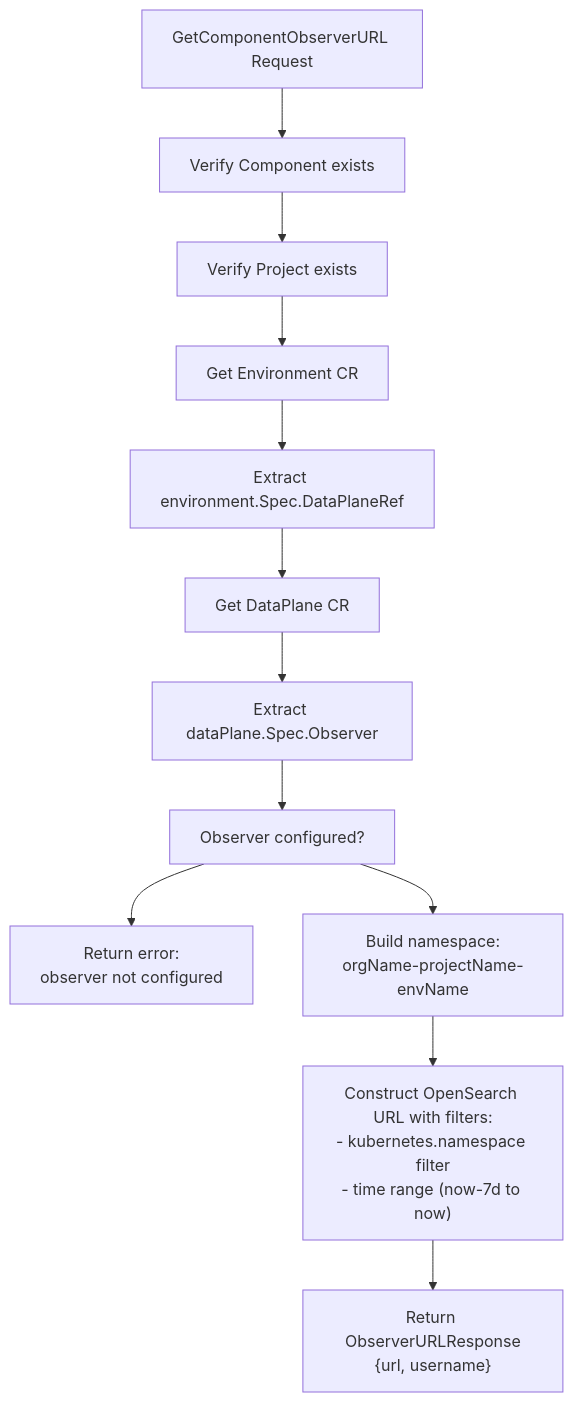
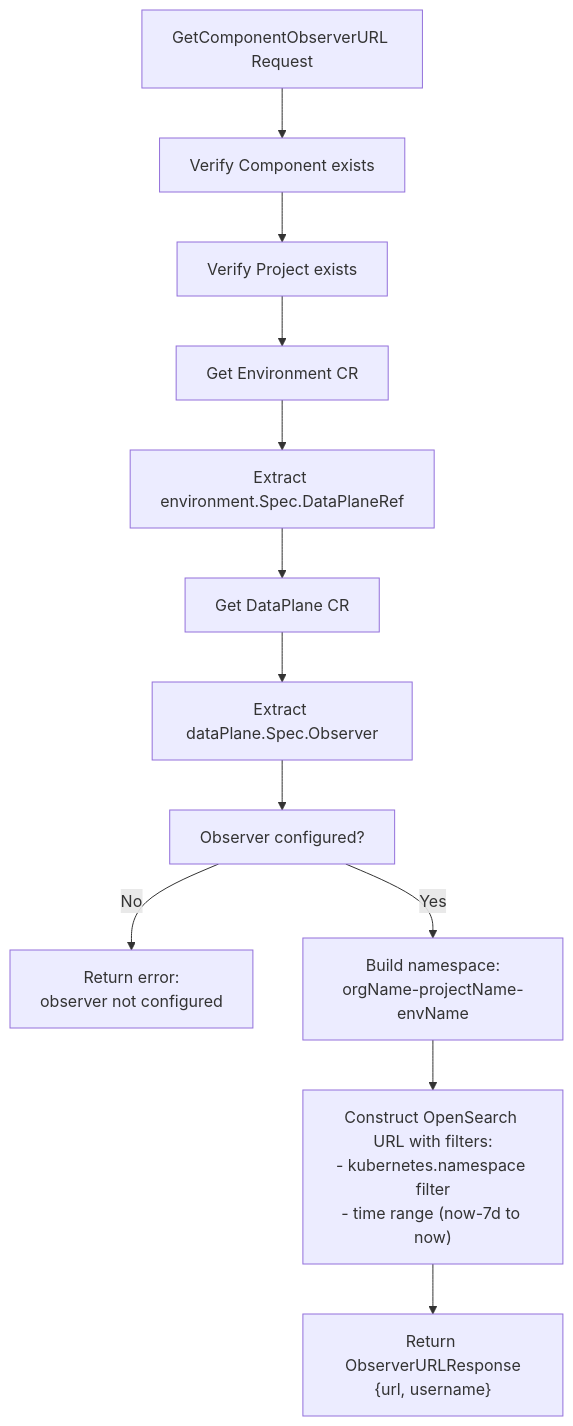
One commit to openchoreo/openchoreo changed the sixth of 7 diagrams in docs/deepwiki/Component-Management.md. Above: the diagram before and after it, drawn with Mermaid. The commit also changed other lines of this file and 85 other files, not shown here.

Commit message:
feat: Add new workflow and specification templates, update Helm chart dependencies, and clarify documentation diagrams.

````diff
--- a/docs/deepwiki/Component-Management.md
+++ b/docs/deepwiki/Component-Management.md
@@ -459,28 +459,28 @@
 ```mermaid
 flowchart TD
 
 Request["GetComponentObserverURL Request"]
 GetComponent["Verify Component exists"]
 GetProject["Verify Project exists"]
 GetEnvironment["Get Environment CR"]
 GetDataPlaneRef["Extract environment.Spec.DataPlaneRef"]
 GetDataPlane["Get DataPlane CR"]
 ExtractObserver["Extract dataPlane.Spec.Observer"]
 CheckObserver["Observer configured?"]
 ErrorNoObserver["Return error:<br>observer not configured"]
 BuildNamespace["Build namespace:<br>orgName-projectName-envName"]
 BuildURL["Construct OpenSearch URL with filters:<br>- kubernetes.namespace filter<br>- time range (now-7d to now)"]
 Return["Return ObserverURLResponse<br>{url, username}"]
 
 Request --> GetComponent
 GetComponent --> GetProject
 GetProject --> GetEnvironment
 GetEnvironment --> GetDataPlaneRef
 GetDataPlaneRef --> GetDataPlane
 GetDataPlane --> ExtractObserver
 ExtractObserver --> CheckObserver
-CheckObserver --> ErrorNoObserver
-CheckObserver --> BuildNamespace
+CheckObserver -->|"No"| ErrorNoObserver
+CheckObserver -->|"Yes"| BuildNamespace
 BuildNamespace --> BuildURL
 BuildURL --> Return
 ```
````
